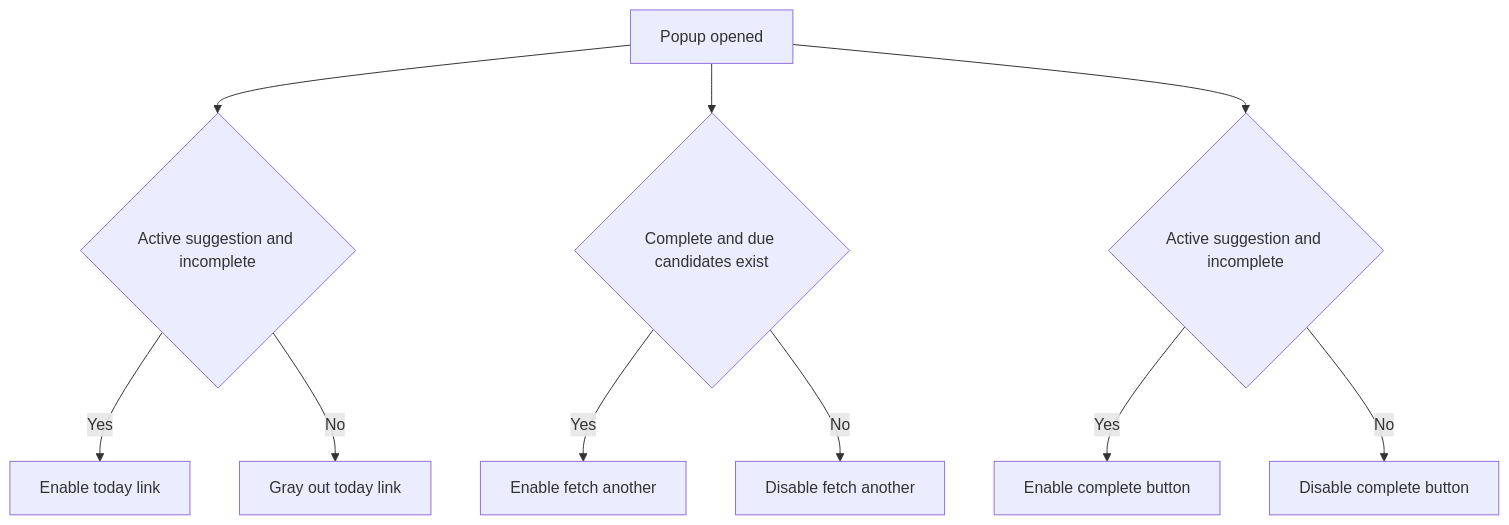
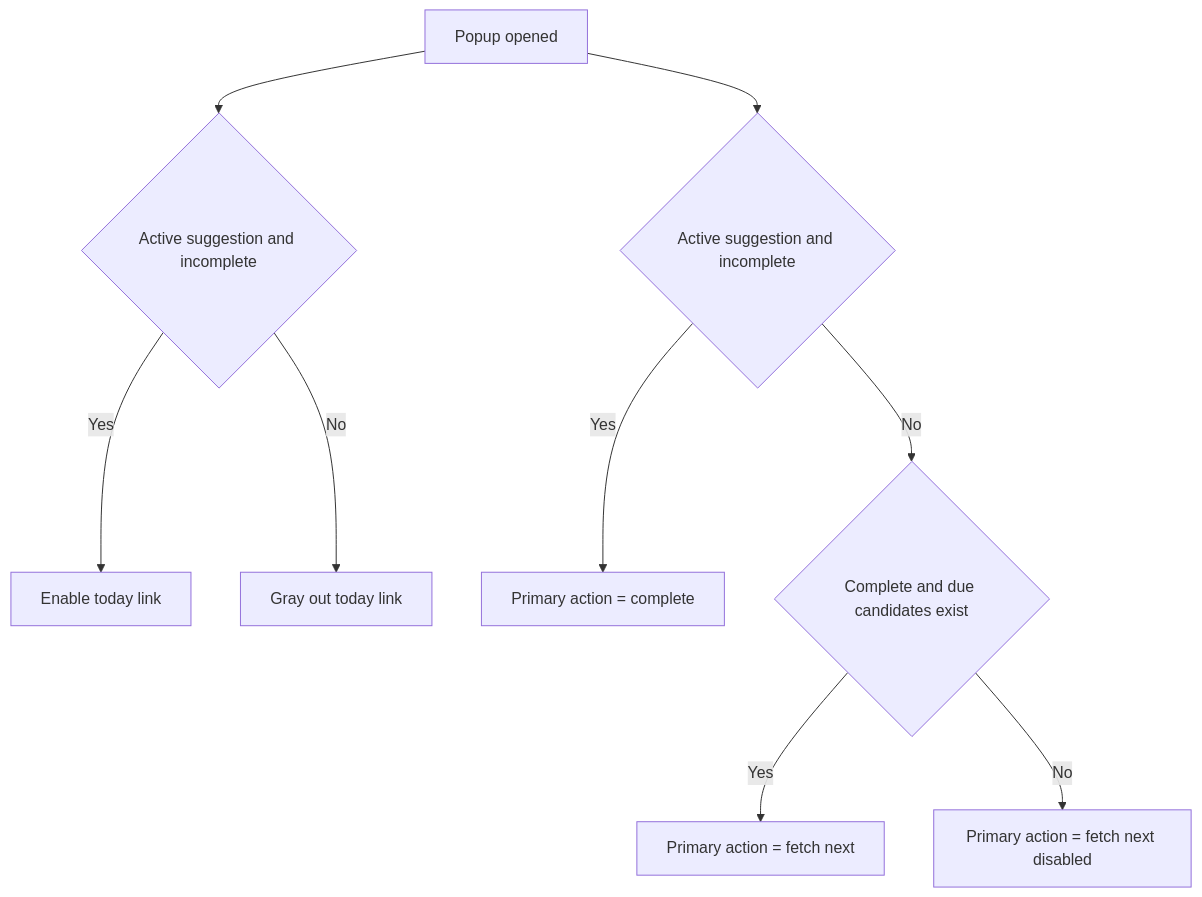
The third of 4 diagrams in .kiro/specs/atcoder-review-suggester/design.md (yiwiy9/ac-revisit), drawn with Mermaid before and after one commit. The commit also changed other lines of this file and 2 other files, not shown here.

````diff
--- a/.kiro/specs/atcoder-review-suggester/design.md
+++ b/.kiro/specs/atcoder-review-suggester/design.md
@@ -141,12 +182,11 @@
 ```mermaid
 flowchart TD
     Start[Popup opened] --> HasActive{Active suggestion and incomplete}
     HasActive -->|Yes| EnableGo[Enable today link]
     HasActive -->|No| GrayGo[Gray out today link]
-    Start --> FetchGate{Complete and due candidates exist}
-    FetchGate -->|Yes| EnableFetch[Enable fetch another]
-    FetchGate -->|No| DisableFetch[Disable fetch another]
-    Start --> CompleteGate{Active suggestion and incomplete}
-    CompleteGate -->|Yes| EnableComplete[Enable complete button]
-    CompleteGate -->|No| DisableComplete[Disable complete button]
+    Start --> ActionMode{Active suggestion and incomplete}
+    ActionMode -->|Yes| CompleteReady[Primary action = complete]
+    ActionMode -->|No| FetchGate{Complete and due candidates exist}
+    FetchGate -->|Yes| FetchReady[Primary action = fetch next]
+    FetchGate -->|No| FetchDisabled[Primary action = fetch next disabled]
 ```
````
